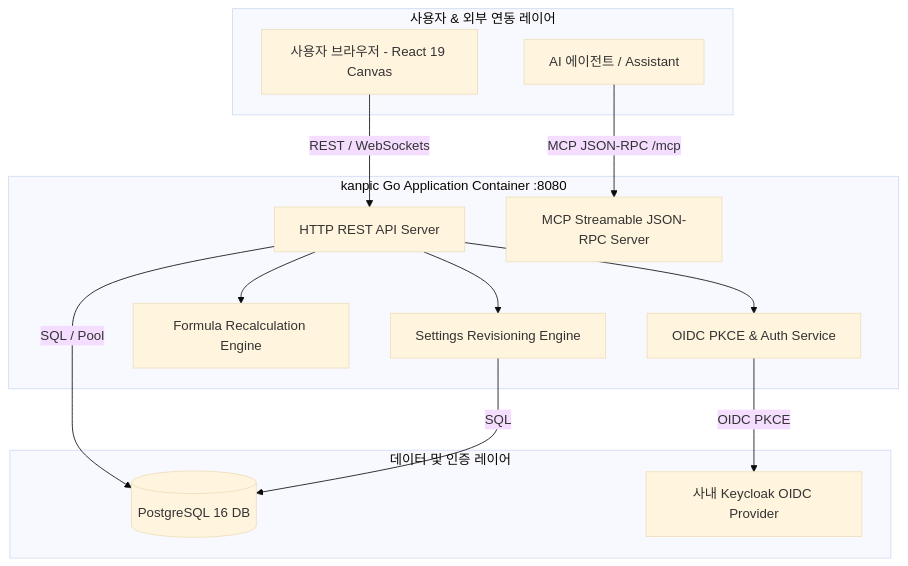
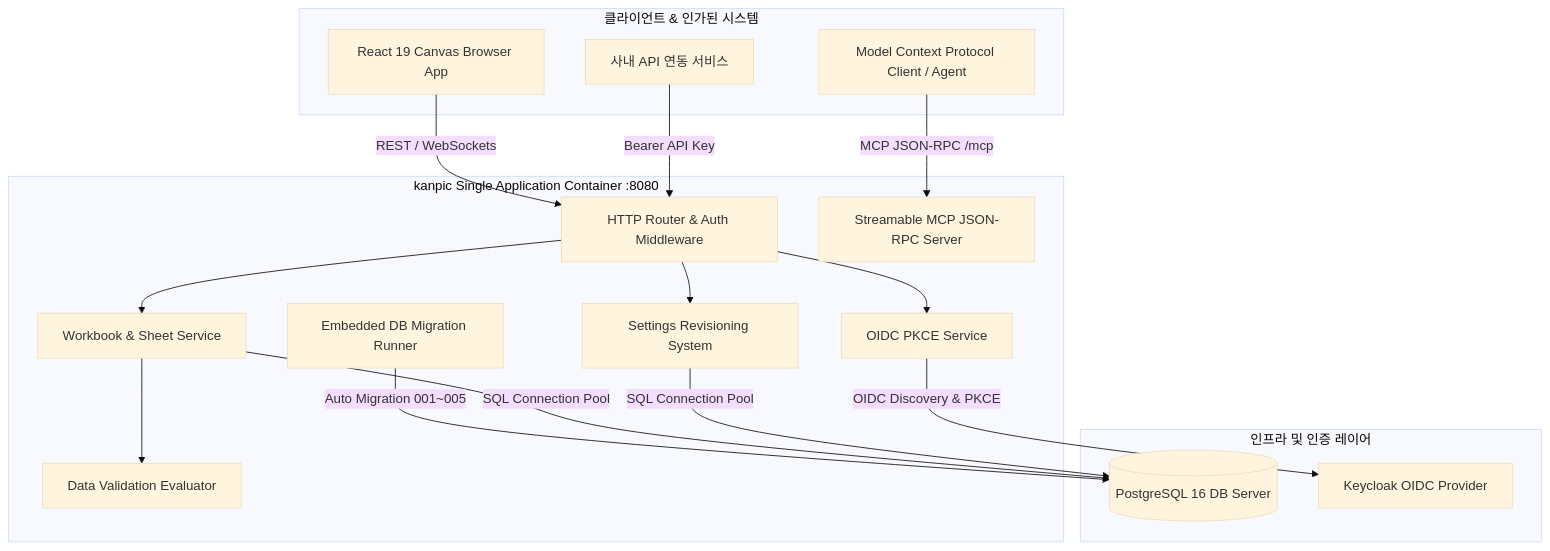
Before and after one commit to hkjang/kanpic: the first of 2 diagrams in docs/ADMIN_GUIDE.md, drawn with Mermaid (base theme). The commit also changed other lines of this file and 5 other files, not shown here.

````diff
--- a/docs/ADMIN_GUIDE.md
+++ b/docs/ADMIN_GUIDE.md
@@ -15,29 +17,37 @@
 ```mermaid
 graph TB
-    subgraph Client Layer [사용자 & 외부 연동 레이어]
-        UserBrowser[사용자 브라우저 - React 19 Canvas]
-        AIAgent[AI 에이전트 / Assistant]
+    subgraph External Client Layer [클라이언트 & 인가된 시스템]
+        BrowserClient[React 19 Canvas Browser App]
+        AIAgent[Model Context Protocol Client / Agent]
+        ExternalApp[사내 API 연동 서비스]
     end
 
-    subgraph Server Layer [kanpic Go Application Container :8080]
-        HttpAPI[HTTP REST API Server]
-        AuthModule[OIDC PKCE & Auth Service]
-        McpServer[MCP Streamable JSON-RPC Server]
-        FormulaEngine[Formula Recalculation Engine]
-        SettingsManager[Settings Revisioning Engine]
+    subgraph Container Layer [kanpic Single Application Container :8080]
+        HttpRouter[HTTP Router & Auth Middleware]
+        OidcService[OIDC PKCE Service]
+        McpHandler[Streamable MCP JSON-RPC Server]
+        WorkbookEngine[Workbook & Sheet Service]
+        ValidationService[Data Validation Evaluator]
+        SettingsEngine[Settings Revisioning System]
+        MigrationRunner[Embedded DB Migration Runner]
     end
 
-    subgraph Data Layer [데이터 및 인증 레이어]
-        PostgresDB[(PostgreSQL 16 DB)]
-        KeycloakSSO[사내 Keycloak OIDC Provider]
+    subgraph Data & Auth Layer [인프라 및 인증 레이어]
+        PostgreSQL[(PostgreSQL 16 DB Server)]
+        KeycloakSSO[Keycloak OIDC Provider]
     end
 
-    UserBrowser -->|REST / WebSockets| HttpAPI
-    AIAgent -->|MCP JSON-RPC /mcp| McpServer
-    HttpAPI --> AuthModule
-    AuthModule -->|OIDC PKCE| KeycloakSSO
-    HttpAPI --> FormulaEngine
-    HttpAPI --> SettingsManager
-    HttpAPI -->|SQL / Pool| PostgresDB
-    SettingsManager -->|SQL| PostgresDB
+    BrowserClient -->|REST / WebSockets| HttpRouter
+    AIAgent -->|MCP JSON-RPC /mcp| McpHandler
+    ExternalApp -->|Bearer API Key| HttpRouter
+
+    HttpRouter --> OidcService
+    OidcService -->|OIDC Discovery & PKCE| KeycloakSSO
+    HttpRouter --> WorkbookEngine
+    WorkbookEngine --> ValidationService
+    HttpRouter --> SettingsEngine
+
+    MigrationRunner -->|Auto Migration 001~005| PostgreSQL
+    WorkbookEngine -->|SQL Connection Pool| PostgreSQL
+    SettingsEngine -->|SQL Connection Pool| PostgreSQL
 ```
````
